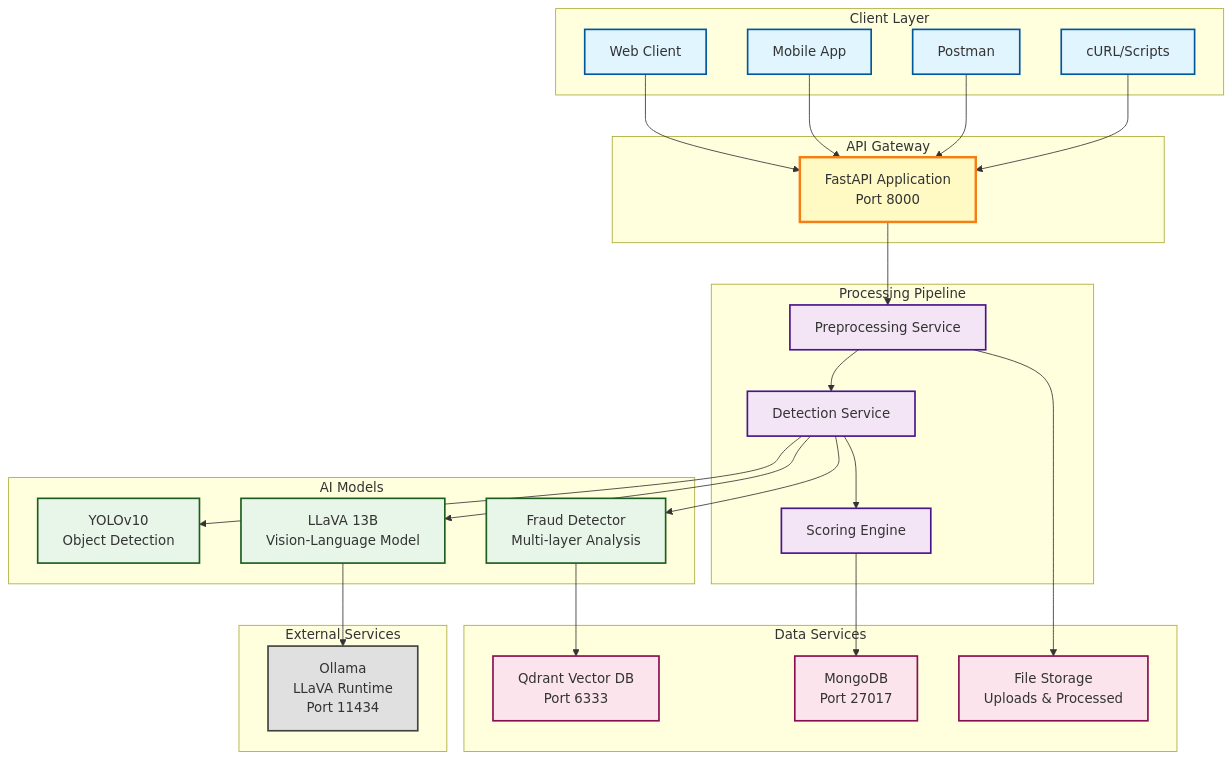
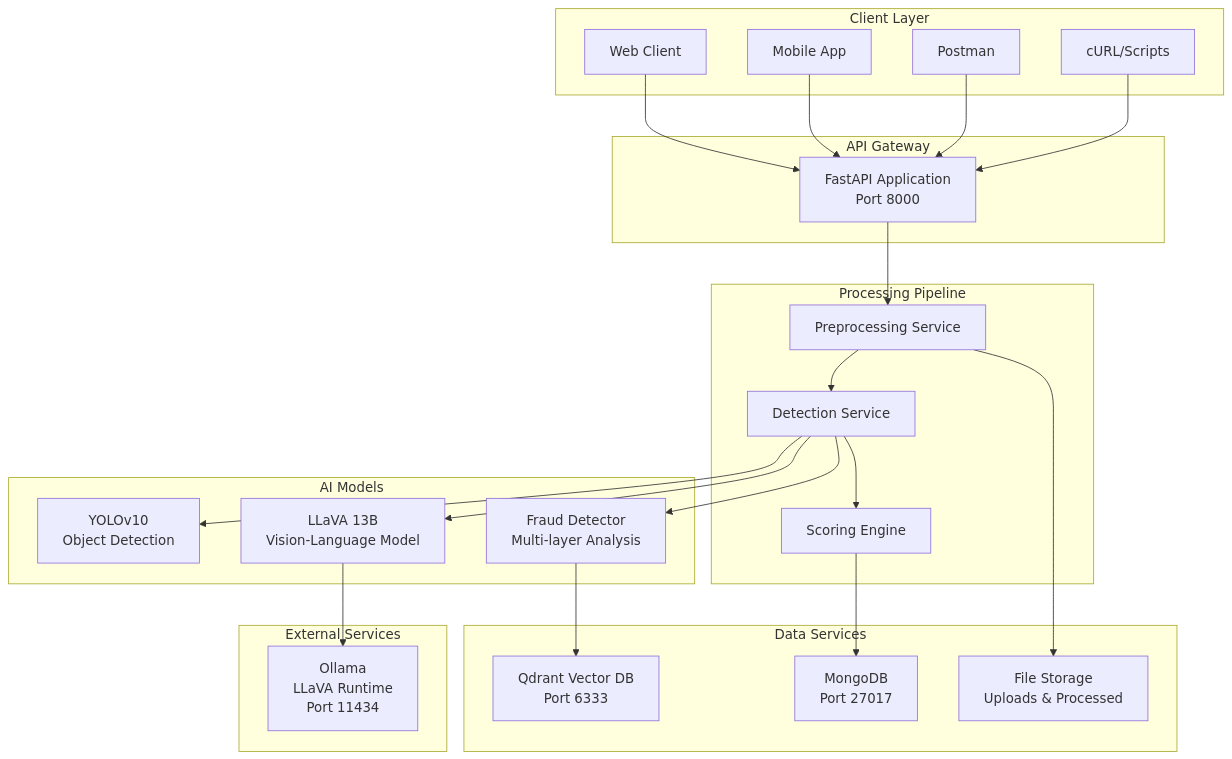
The first of 2 diagrams in README.md (Kamraanmulani/insurance-claim-validator), drawn with Mermaid before and after one commit.

Commit message:
Architecture diagram updates in README.md

````diff
--- a/README.md
+++ b/README.md
@@ -77,67 +77,53 @@
 ```mermaid
 graph TB
     subgraph "Client Layer"
         A1[Web Client]
         A2[Mobile App]
         A3[Postman]
         A4[cURL/Scripts]
     end
 
     subgraph "API Gateway"
         B[FastAPI Application<br/>Port 8000]
     end
 
     subgraph "Processing Pipeline"
         C[Preprocessing Service]
         D[Detection Service]
         E[Scoring Engine]
     end
 
     subgraph "AI Models"
         F1[YOLOv10<br/>Object Detection]
         F2[LLaVA 13B<br/>Vision-Language Model]
         F3[Fraud Detector<br/>Multi-layer Analysis]
     end
 
     subgraph "Data Services"
         G1[Qdrant Vector DB<br/>Port 6333]
         G2[MongoDB<br/>Port 27017]
         G3[File Storage<br/>Uploads & Processed]
     end
 
     subgraph "External Services"
         H[Ollama<br/>LLaVA Runtime<br/>Port 11434]
     end
 
     A1 --> B
     A2 --> B
     A3 --> B
     A4 --> B
 
     B --> C
     C --> D
     D --> E
 
     D --> F1
     D --> F2
     D --> F3
 
     F2 --> H
     F3 --> G1
     E --> G2
     C --> G3
-
-    classDef clientClass fill:#e1f5ff,stroke:#01579b,stroke-width:2px
-    classDef apiClass fill:#fff9c4,stroke:#f57f17,stroke-width:3px
-    classDef serviceClass fill:#f3e5f5,stroke:#4a148c,stroke-width:2px
-    classDef modelClass fill:#e8f5e9,stroke:#1b5e20,stroke-width:2px
-    classDef dataClass fill:#fce4ec,stroke:#880e4f,stroke-width:2px
-    classDef externalClass fill:#e0e0e0,stroke:#424242,stroke-width:2px
-
-    class A1,A2,A3,A4 clientClass
-    class B apiClass
-    class C,D,E serviceClass
-    class F1,F2,F3 modelClass
-    class G1,G2,G3 dataClass
-    class H externalClass
 ```
````
